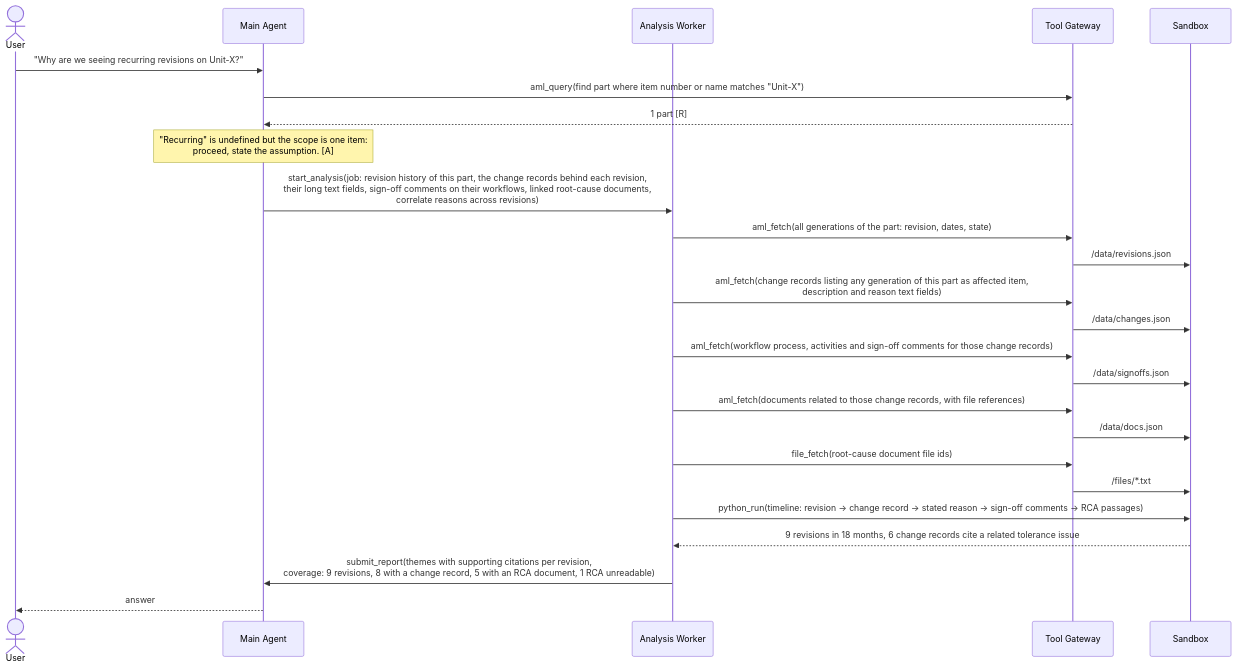
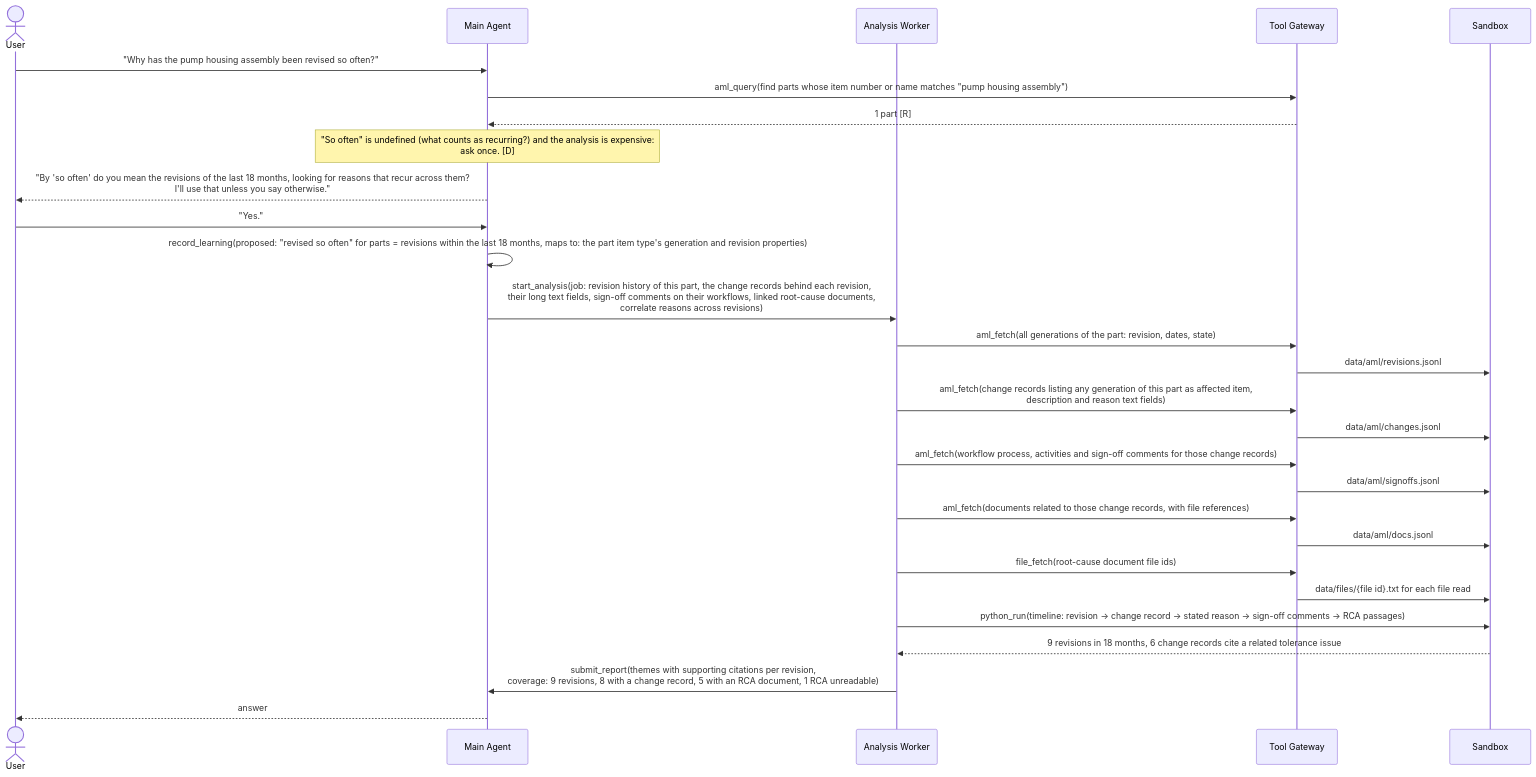
One commit to omkarbhale/aras-insight changed the sixth of 8 diagrams in docs/architecture/question-lifecycle.md. Above: the diagram before and after it, drawn with Mermaid. The commit also changed other lines of this file and 60 other files, not shown here.

````diff
--- a/docs/architecture/question-lifecycle.md
+++ b/docs/architecture/question-lifecycle.md
@@ -206,28 +208,31 @@
 ```mermaid
 sequenceDiagram
     actor U as User
     participant MA as Main Agent
     participant W as Analysis Worker
     participant GW as Tool Gateway
     participant SB as Sandbox
 
-    U->>MA: "Why are we seeing recurring revisions on Unit-X?"
-    MA->>GW: aml_query(find part where item number or name matches "Unit-X")
+    U->>MA: "Why has the pump housing assembly been revised so often?"
+    MA->>GW: aml_query(find parts whose item number or name matches "pump housing assembly")
     GW-->>MA: 1 part [R]
-    Note over MA: "Recurring" is undefined but the scope is one item:<br/>proceed, state the assumption. [A]
+    Note over MA: "So often" is undefined (what counts as recurring?) and the analysis is expensive:<br/>ask once. [D]
+    MA-->>U: "By 'so often' do you mean the revisions of the last 18 months, looking for reasons that recur across them?<br/>I'll use that unless you say otherwise."
+    U->>MA: "Yes."
+    MA->>MA: record_learning(proposed: "revised so often" for parts = revisions within the last 18 months, maps to: the part item type's generation and revision properties)
     MA->>W: start_analysis(job: revision history of this part, the change records behind each revision,<br/>their long text fields, sign-off comments on their workflows, linked root-cause documents,<br/>correlate reasons across revisions)
     W->>GW: aml_fetch(all generations of the part: revision, dates, state)
-    GW->>SB: /data/revisions.json
+    GW->>SB: data/aml/revisions.jsonl
     W->>GW: aml_fetch(change records listing any generation of this part as affected item,<br/>description and reason text fields)
-    GW->>SB: /data/changes.json
+    GW->>SB: data/aml/changes.jsonl
     W->>GW: aml_fetch(workflow process, activities and sign-off comments for those change records)
-    GW->>SB: /data/signoffs.json
+    GW->>SB: data/aml/signoffs.jsonl
     W->>GW: aml_fetch(documents related to those change records, with file references)
-    GW->>SB: /data/docs.json
+    GW->>SB: data/aml/docs.jsonl
     W->>GW: file_fetch(root-cause document file ids)
-    GW->>SB: /files/*.txt
+    GW->>SB: data/files/{file id}.txt for each file read
     W->>SB: python_run(timeline: revision -> change record -> stated reason -> sign-off comments -> RCA passages)
     SB-->>W: 9 revisions in 18 months, 6 change records cite a related tolerance issue
     W->>MA: submit_report(themes with supporting citations per revision,<br/>coverage: 9 revisions, 8 with a change record, 5 with an RCA document, 1 RCA unreadable)
     MA-->>U: answer
 ```
````
